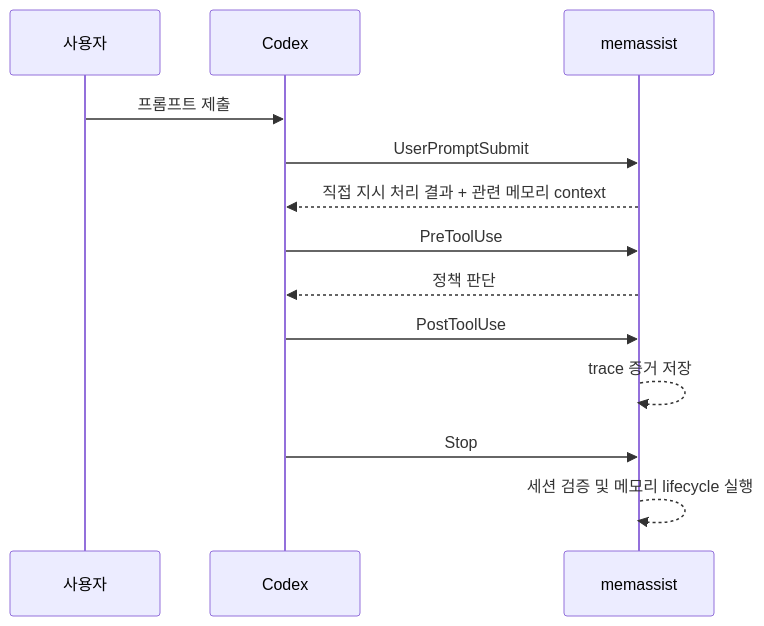
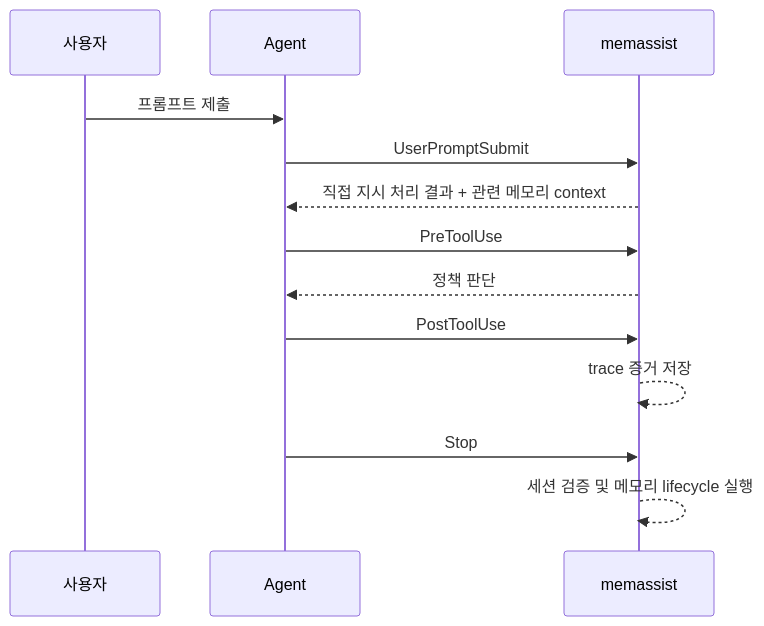
Before and after one commit to lteawoo/MemAssist: the second of 5 diagrams in README.ko.md, drawn with Mermaid. The commit also changed other lines of this file and 1 other file, not shown here.

````diff
--- a/README.ko.md
+++ b/README.ko.md
@@ -119,16 +149,16 @@
 ```mermaid
 sequenceDiagram
     participant U as 사용자
-    participant C as Codex
+    participant A as Agent
     participant M as memassist
 
-    U->>C: 프롬프트 제출
-    C->>M: UserPromptSubmit
-    M-->>C: 직접 지시 처리 결과 + 관련 메모리 context
-    C->>M: PreToolUse
-    M-->>C: 정책 판단
-    C->>M: PostToolUse
+    U->>A: 프롬프트 제출
+    A->>M: UserPromptSubmit
+    M-->>A: 직접 지시 처리 결과 + 관련 메모리 context
+    A->>M: PreToolUse
+    M-->>A: 정책 판단
+    A->>M: PostToolUse
     M-->>M: trace 증거 저장
-    C->>M: Stop
+    A->>M: Stop
     M-->>M: 세션 검증 및 메모리 lifecycle 실행
 ```
````
